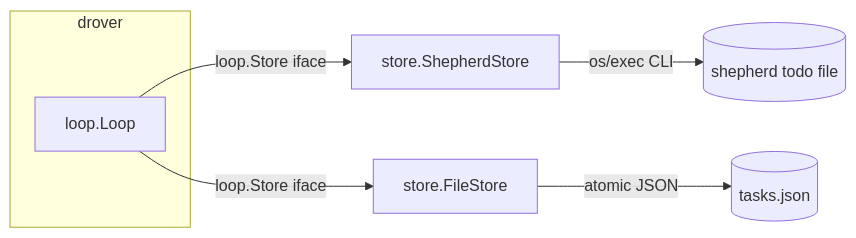
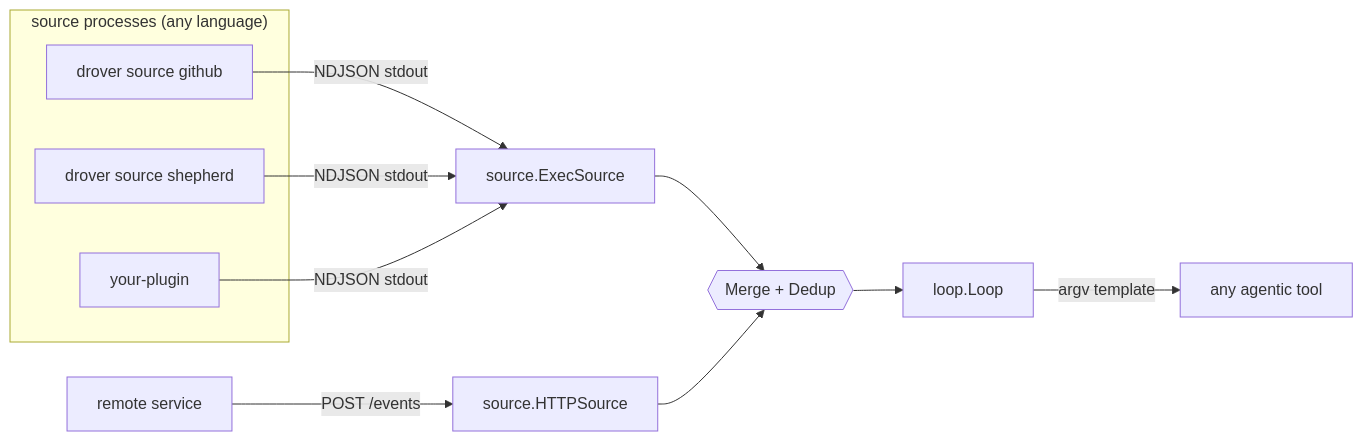
One commit to jwarykowski/drover changed the first of 4 diagrams in docs/architecture.md. Above: the diagram before and after it, drawn with Mermaid. The commit also changed other lines of this file and 17 other files, not shown here.

````diff
--- a/docs/architecture.md
+++ b/docs/architecture.md
@@ -24,10 +34,16 @@
 ```mermaid
 flowchart LR
-    subgraph drover
-        L[loop.Loop]
+    subgraph plugins["source processes (any language)"]
+        GH["drover source github"]
+        SH["drover source shepherd"]
+        TP["your-plugin"]
     end
-    L -->|loop.Store iface| SS[store.ShepherdStore]
-    L -->|loop.Store iface| FS[store.FileStore]
-    SS -->|os/exec CLI| SH[("shepherd todo file")]
-    FS -->|atomic JSON| TJ[(tasks.json)]
+    GH -->|NDJSON stdout| EX[source.ExecSource]
+    SH -->|NDJSON stdout| EX
+    TP -->|NDJSON stdout| EX
+    RM["remote service"] -->|POST /events| HT[source.HTTPSource]
+    EX --> M{{Merge + Dedup}}
+    HT --> M
+    M --> L[loop.Loop]
+    L -->|argv template| AG["any agentic tool"]
 ```
````
